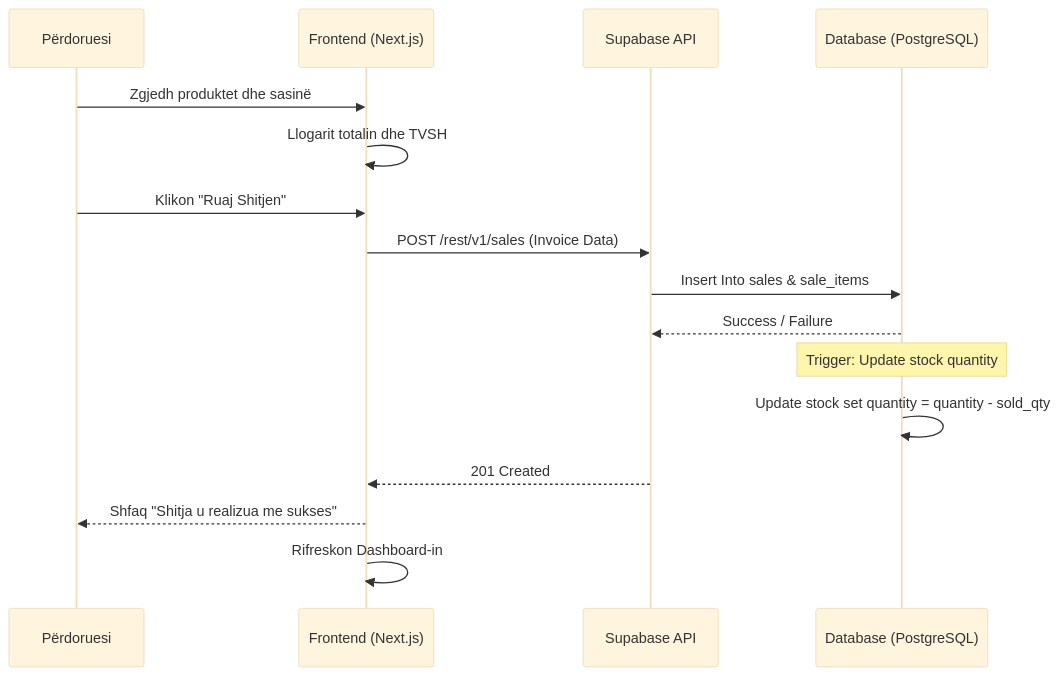
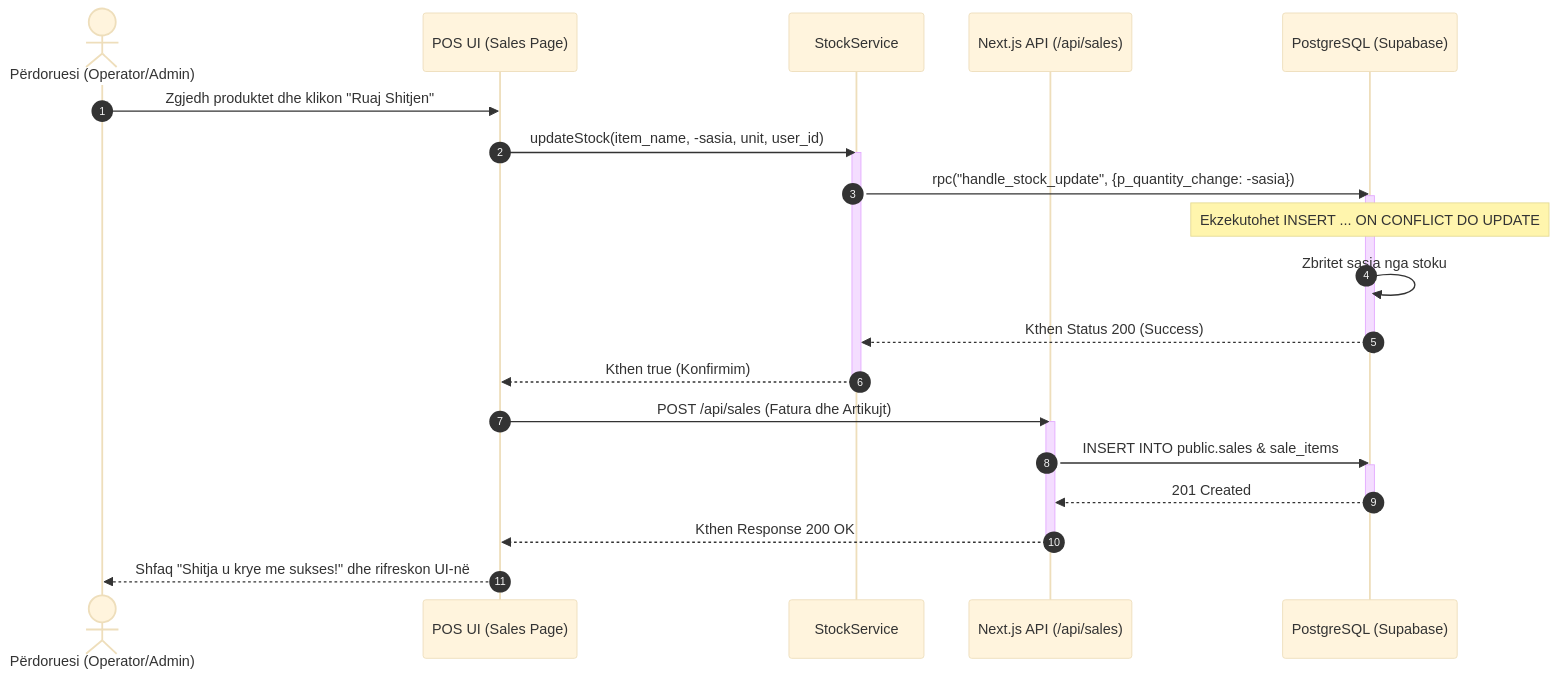
The fourth of 6 diagrams in DOKUMENTIMI.md (endritmmenxhiqi/Erp), drawn with Mermaid (base theme) before and after one commit. The commit also changed other lines of this file and 1 other file, not shown here.

Commit message:
fix: AI extraction tash perfshine TVSH per secilin produkt ne cmimin e nxjerre

````diff
--- a/DOKUMENTIMI.md
+++ b/DOKUMENTIMI.md
@@ -309,19 +312,31 @@
 ```mermaid
 sequenceDiagram
-    participant U as Përdoruesi
-    participant F as Frontend (Next.js)
-    participant S as Supabase API
-    participant D as Database (PostgreSQL)
+    autonumber
+    actor U as Përdoruesi (Operator/Admin)
+    participant UI as POS UI (Sales Page)
+    participant SS as StockService
+    participant API as Next.js API (/api/sales)
+    participant DB as PostgreSQL (Supabase)
 
-    U->>F: Zgjedh produktet dhe sasinë
-    F->>F: Llogarit totalin dhe TVSH
-    U->>F: Klikon "Ruaj Shitjen"
-    F->>S: POST /rest/v1/sales (Invoice Data)
-    S->>D: Insert Into sales & sale_items
-    D-->>S: Success / Failure
-    Note over D: Trigger: Update stock quantity
-    D->>D: Update stock set quantity = quantity - sold_qty
-    S-->>F: 201 Created
-    F-->>U: Shfaq "Shitja u realizua me sukses"
-    F->>F: Rifreskon Dashboard-in
+    U->>UI: Zgjedh produktet dhe klikon "Ruaj Shitjen"
+    UI->>SS: updateStock(item_name, -sasia, unit, user_id)
+    activate SS
+    SS->>DB: rpc("handle_stock_update", {p_quantity_change: -sasia})
+    activate DB
+    Note over DB: Ekzekutohet INSERT ... ON CONFLICT DO UPDATE
+    DB->>DB: Zbritet sasia nga stoku
+    DB-->>SS: Kthen Status 200 (Success)
+    deactivate DB
+    SS-->>UI: Kthen true (Konfirmim)
+    deactivate SS
+    
+    UI->>API: POST /api/sales (Fatura dhe Artikujt)
+    activate API
+    API->>DB: INSERT INTO public.sales & sale_items
+    activate DB
+    DB-->>API: 201 Created
+    deactivate DB
+    API-->>UI: Kthen Response 200 OK
+    deactivate API
+    UI-->>U: Shfaq "Shitja u krye me sukses!" dhe rifreskon UI-në
 ```
````
